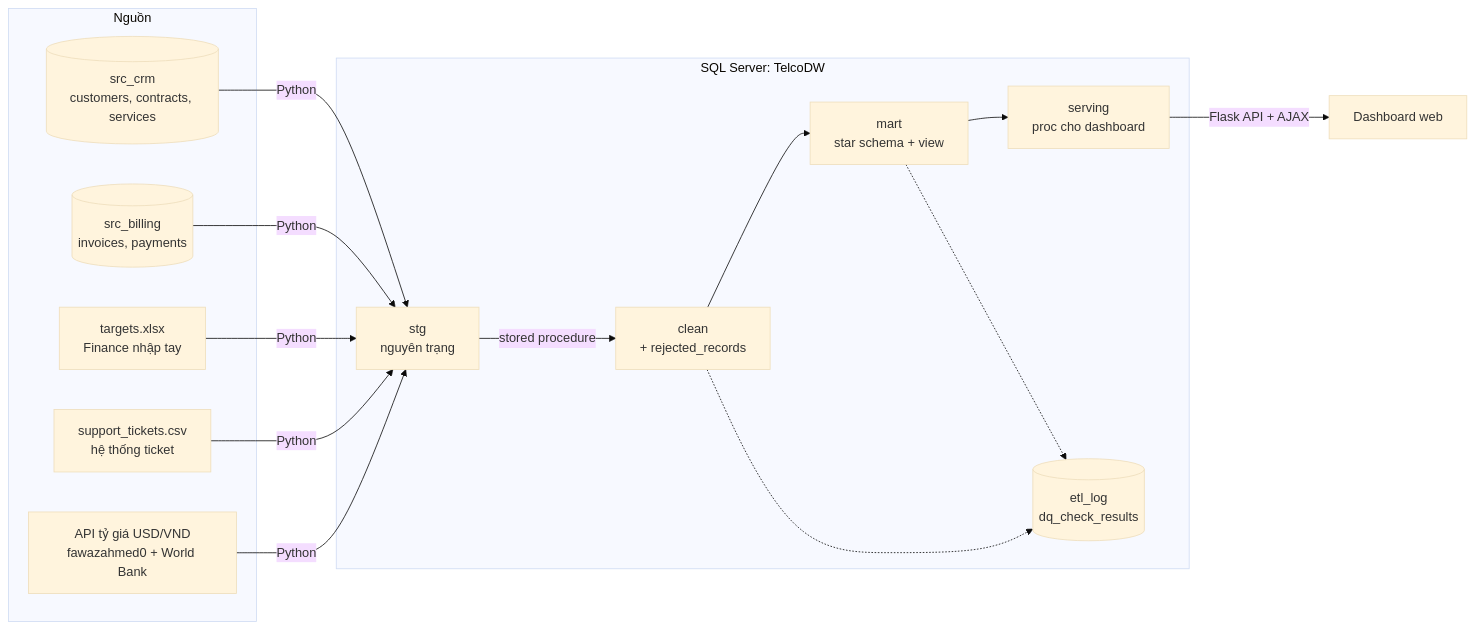
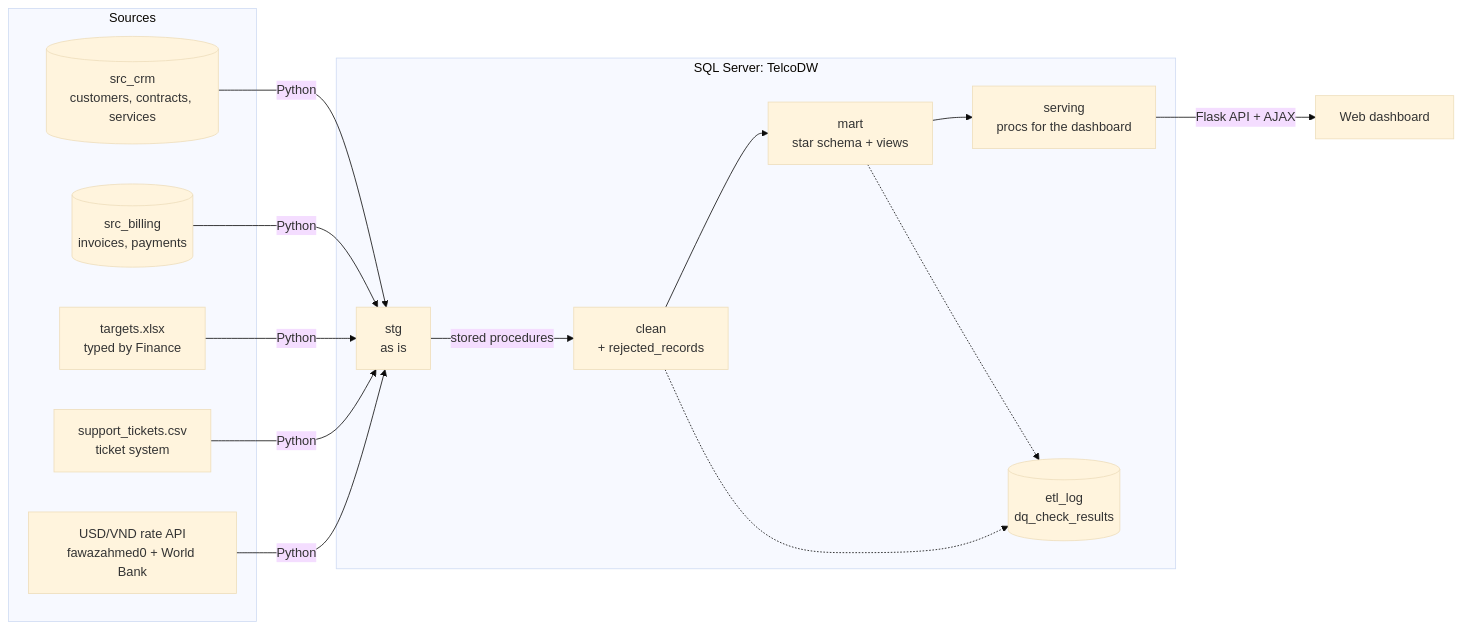
One commit to duyle215/telco-churn-analytics changed the first of 2 diagrams in README.md. Above: the diagram before and after it, drawn with Mermaid (base theme). The commit also changed other lines of this file and 50 other files, not shown here.

````diff
--- a/README.md
+++ b/README.md
@@ -71,21 +87,21 @@
 ```mermaid
 flowchart LR
-    subgraph Nguồn
+    subgraph Sources
         A[(src_crm<br/>customers, contracts, services)]
         B[(src_billing<br/>invoices, payments)]
-        C[targets.xlsx<br/>Finance nhập tay]
-        D[support_tickets.csv<br/>hệ thống ticket]
-        E[API tỷ giá USD/VND<br/>fawazahmed0 + World Bank]
+        C[targets.xlsx<br/>typed by Finance]
+        D[support_tickets.csv<br/>ticket system]
+        E[USD/VND rate API<br/>fawazahmed0 + World Bank]
     end
     subgraph TelcoDW [SQL Server: TelcoDW]
-        S[stg<br/>nguyên trạng]
+        S[stg<br/>as is]
         CL[clean<br/>+ rejected_records]
-        M[mart<br/>star schema + view]
-        SV[serving<br/>proc cho dashboard]
+        M[mart<br/>star schema + views]
+        SV[serving<br/>procs for the dashboard]
         L[(etl_log<br/>dq_check_results)]
     end
     A & B & C & D & E -->|Python| S
-    S -->|stored procedure| CL --> M --> SV
+    S -->|stored procedures| CL --> M --> SV
     CL & M -.-> L
-    SV -->|Flask API + AJAX| W[Dashboard web]
+    SV -->|Flask API + AJAX| W[Web dashboard]
 ```
````
